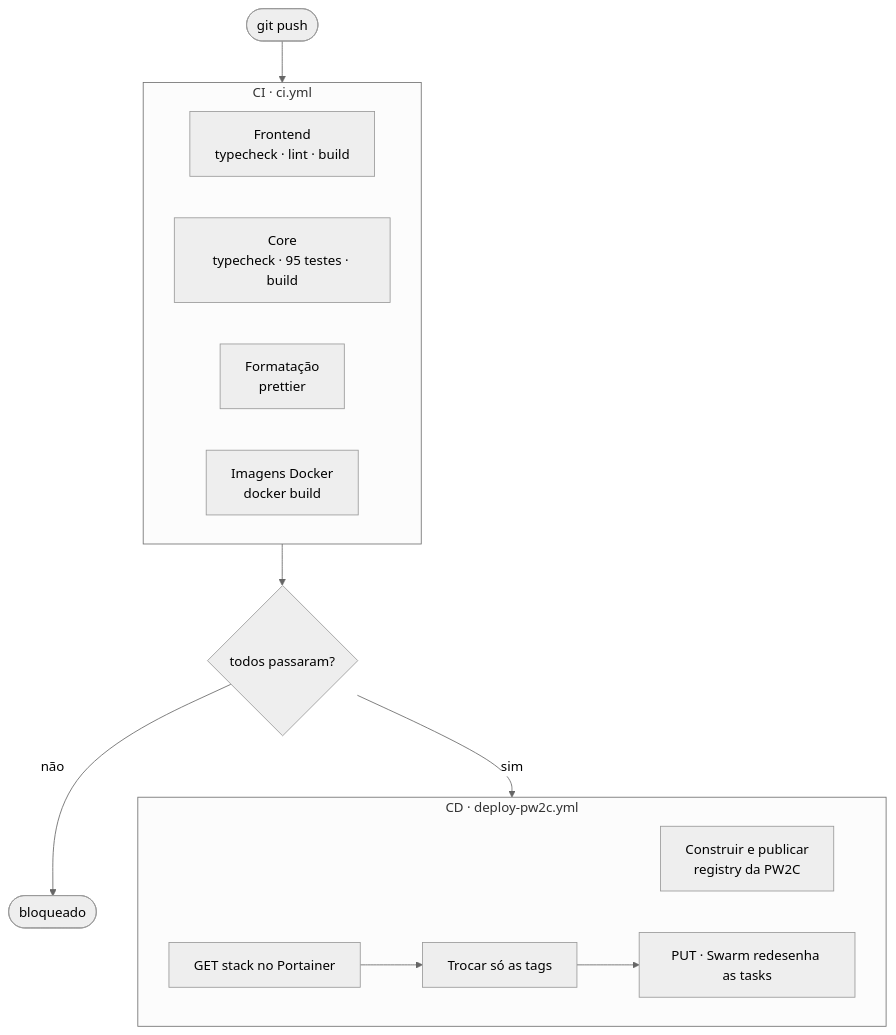
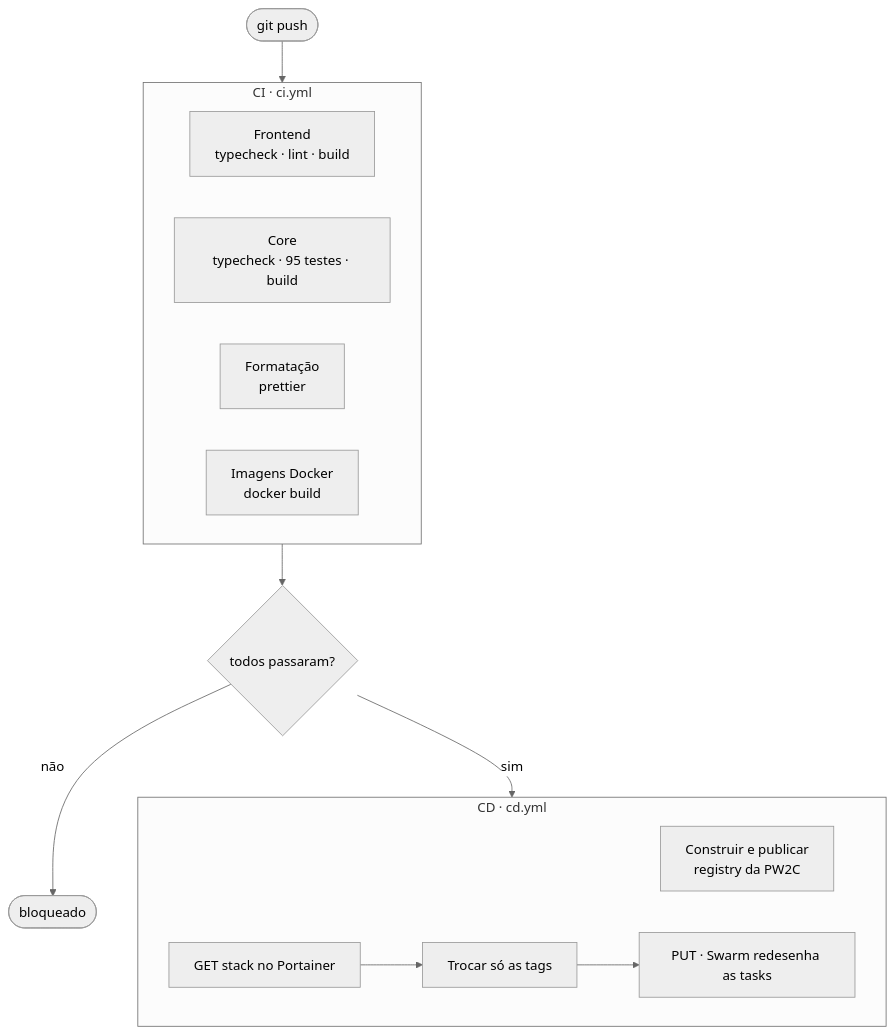
One commit to healthdevio/projeto-itia-dois changed the first of 3 diagrams in docs/ci_cd/visao-geral.md. Above: the diagram before and after it, drawn with Mermaid (neutral theme). The commit also changed other lines of this file and 13 other files, not shown here.

````diff
--- a/docs/ci_cd/visao-geral.md
+++ b/docs/ci_cd/visao-geral.md
@@ -5,24 +5,24 @@
 ```mermaid
 flowchart TD
     P([git push]) --> CI
 
     subgraph CI [CI · ci.yml]
         direction LR
         CI1[Frontend<br/>typecheck · lint · build]
         CI2[Core<br/>typecheck · 95 testes · build]
         CI3[Formatação<br/>prettier]
         CI4[Imagens Docker<br/>docker build]
     end
 
     CI --> D{todos passaram?}
     D -->|não| PARA([bloqueado])
 
     D -->|sim| CD
 
-    subgraph CD [CD · deploy-pw2c.yml]
+    subgraph CD [CD · cd.yml]
         CD1[Construir e publicar<br/>registry da PW2C]
         CD2[GET stack no Portainer]
         CD2 --> CD3[Trocar só as tags]
         CD3 --> CD4[PUT · Swarm redesenha as tasks]
     end
 ```
````
